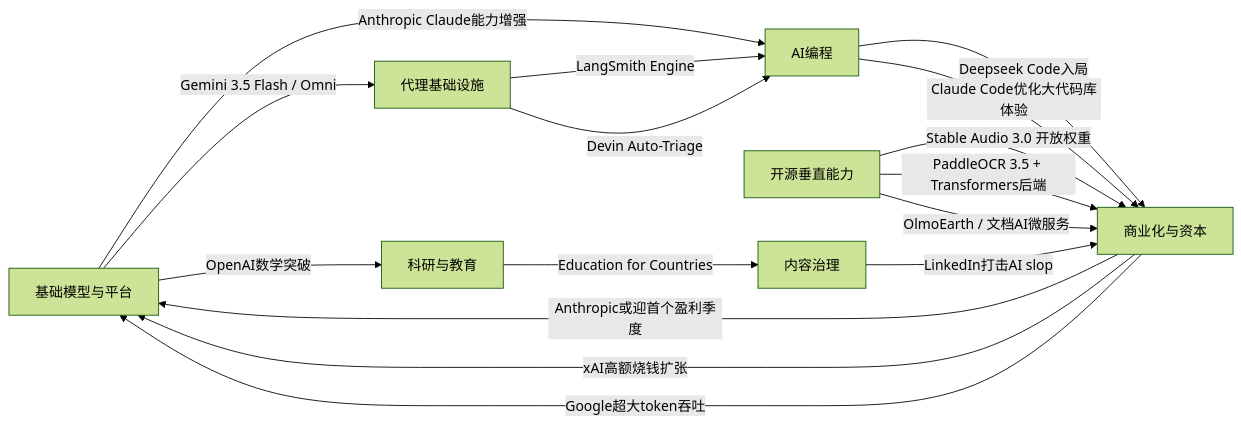
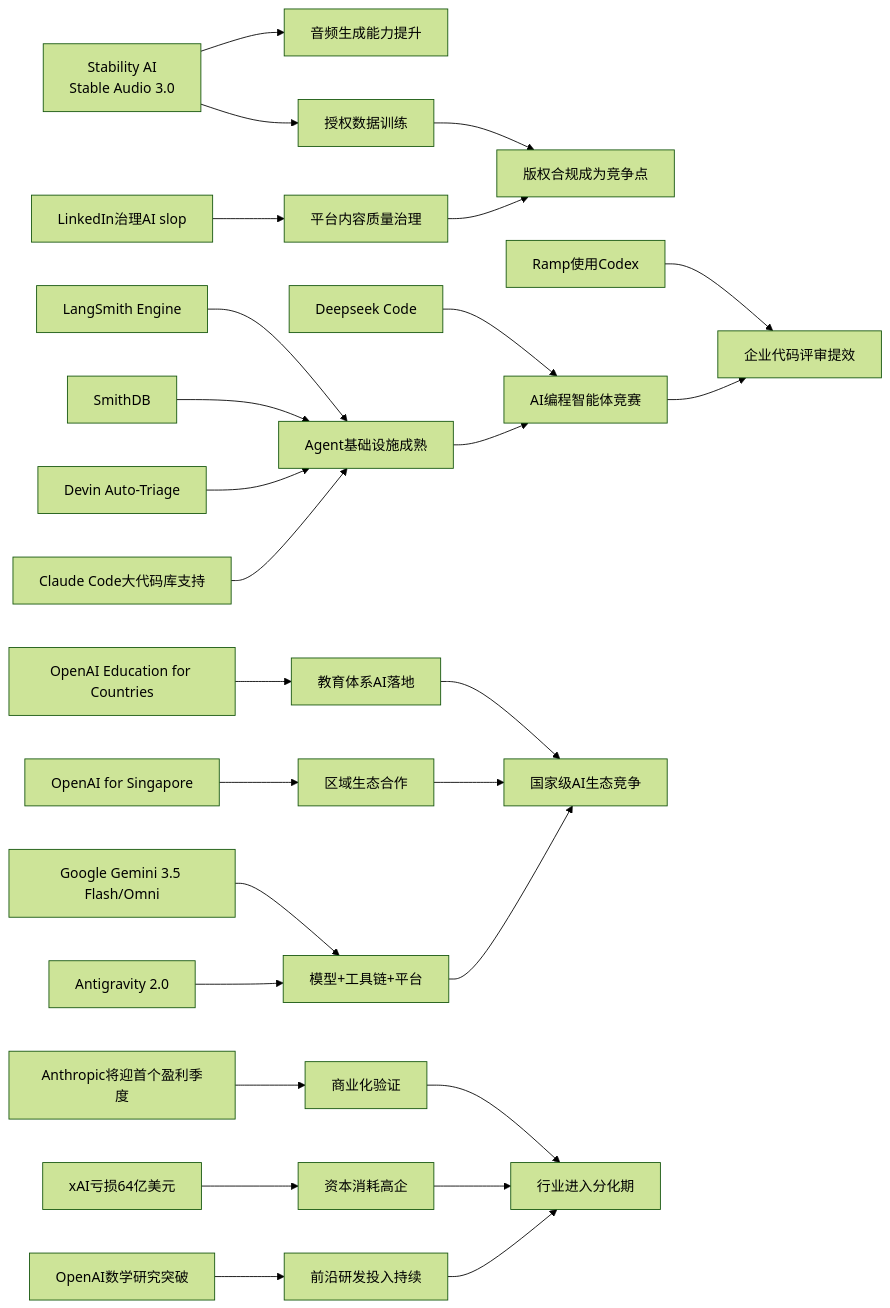
The diagram in content/cn/2026/2026-05/2026-05-21.md (zhuxinfei/ai-daily-site), drawn with Mermaid (forest theme) before and after one commit. The commit also changed other lines of this file, not shown here.

````diff
--- a/content/cn/2026/2026-05/2026-05-21.md
+++ b/content/cn/2026/2026-05/2026-05-21.md
@@ -118,30 +110,33 @@
 ```mermaid
 graph LR
-    A[基础模型与平台]
-    B[代理基础设施]
-    C[AI编程]
-    D[开源垂直能力]
-    E[商业化与资本]
-    F[科研与教育]
-    G[内容治理]
+    A[Stability AI<br/>Stable Audio 3.0] --> B[音频生成能力提升]
+    A --> C[授权数据训练]
+    C --> D[版权合规成为竞争点]
 
-    A -->|Gemini 3.5 Flash / Omni| B
-    A -->|OpenAI数学突破| F
-    A -->|Anthropic Claude能力增强| C
+    E[LinkedIn治理AI slop] --> F[平台内容质量治理]
+    F --> D
 
-    B -->|LangSmith Engine| C
-    B -->|Devin Auto-Triage| C
-    C -->|Deepseek Code入局| E
-    C -->|Claude Code优化大代码库体验| E
+    G[LangSmith Engine] --> H[Agent基础设施成熟]
+    I[SmithDB] --> H
+    J[Devin Auto-Triage] --> H
+    K[Claude Code大代码库支持] --> H
+    L[Deepseek Code] --> M[AI编程智能体竞赛]
+    N[Ramp使用Codex] --> O[企业代码评审提效]
+    H --> M
+    M --> O
 
-    D -->|Stable Audio 3.0 开放权重| E
-    D -->|PaddleOCR 3.5 + Transformers后端| E
-    D -->|OlmoEarth / 文档AI微服务| E
+    P[OpenAI Education for Countries] --> Q[教育体系AI落地]
+    R[OpenAI for Singapore] --> S[区域生态合作]
+    T[Google Gemini 3.5 Flash/Omni] --> U[模型+工具链+平台]
+    V[Antigravity 2.0] --> U
+    Q --> W[国家级AI生态竞争]
+    S --> W
+    U --> W
 
-    E -->|Anthropic或迎首个盈利季度| A
-    E -->|xAI高额烧钱扩张| A
-    E -->|Google超大token吞吐| A
-
-    F -->|Education for Countries| G
-    G -->|LinkedIn打击AI slop| E
+    X[Anthropic将迎首个盈利季度] --> Y[商业化验证]
+    Z[xAI亏损64亿美元] --> AA[资本消耗高企]
+    AB[OpenAI数学研究突破] --> AC[前沿研发投入持续]
+    Y --> AD[行业进入分化期]
+    AA --> AD
+    AC --> AD
 ```
````
